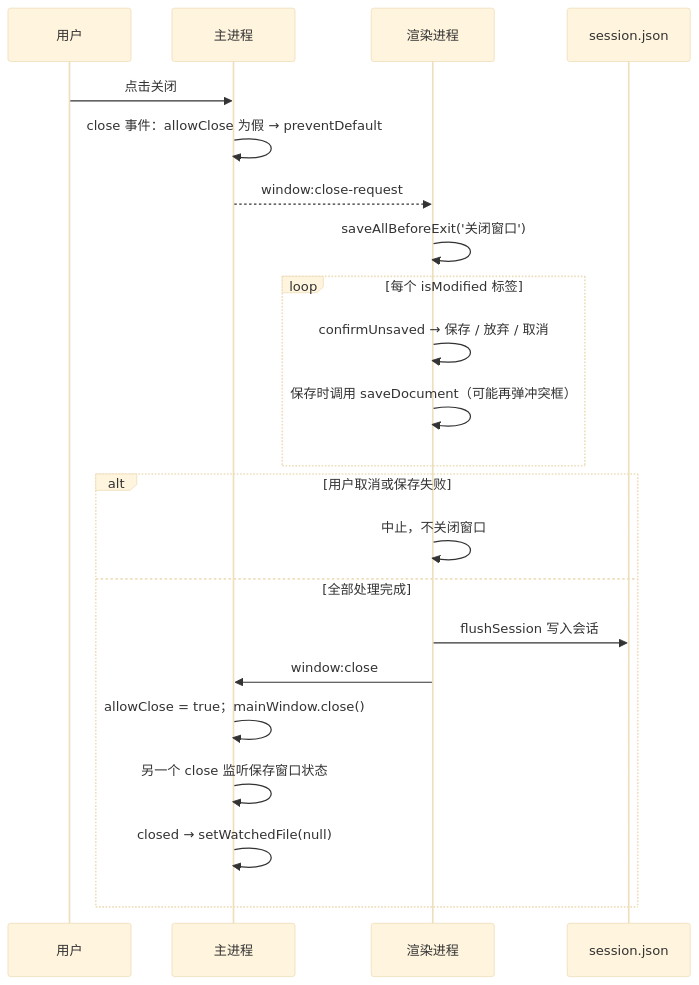
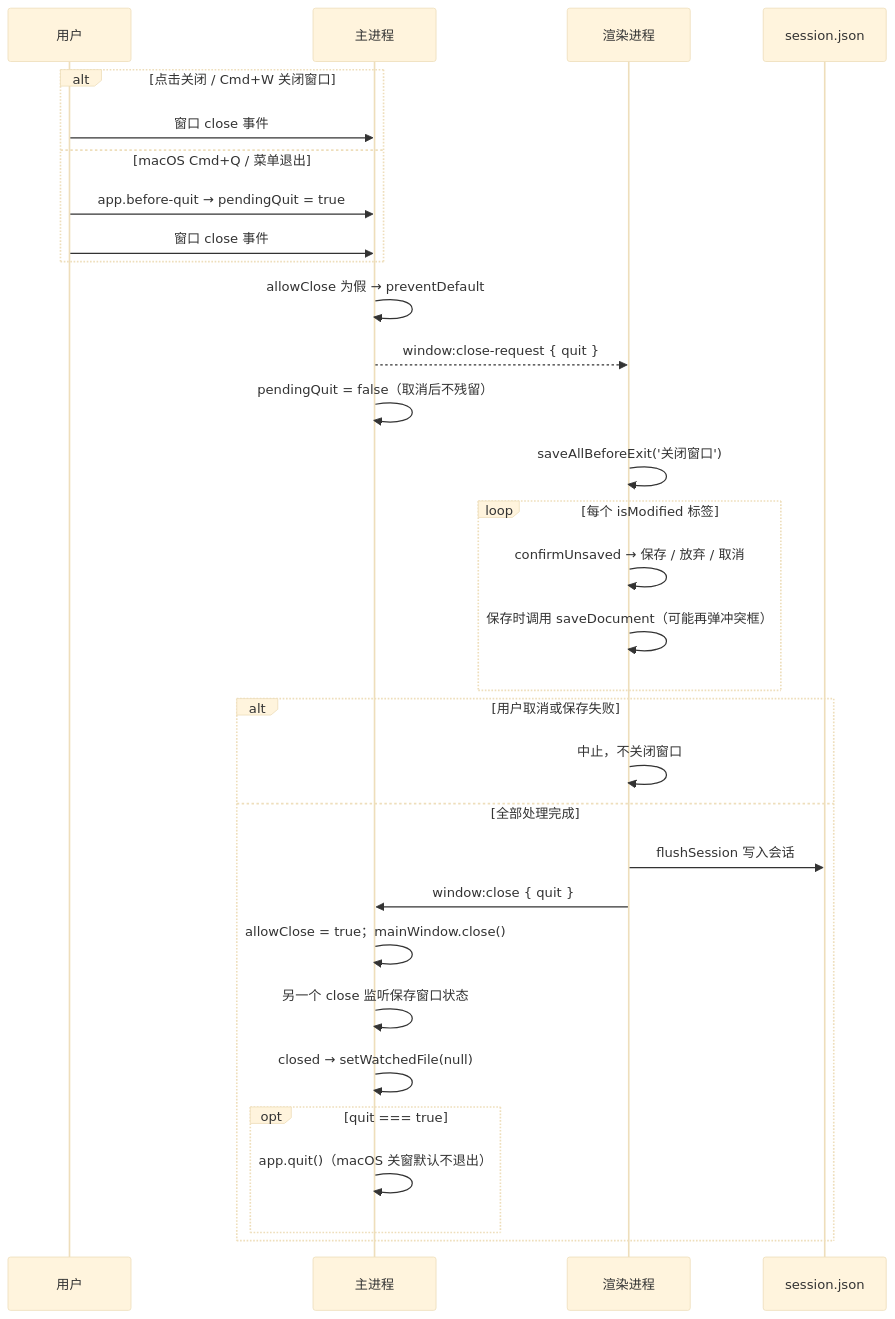
The fourth of 5 diagrams in docs/会话恢复与窗口状态.md (Harley-xk/mark-it), drawn with Mermaid (base theme) before and after one commit. The commit also changed other lines of this file and 21 other files, not shown here.

````diff
--- a/docs/会话恢复与窗口状态.md
+++ b/docs/会话恢复与窗口状态.md
@@ -269,25 +270,34 @@
 ```mermaid
 sequenceDiagram
     participant U as 用户
     participant M as 主进程
     participant R as 渲染进程
     participant FS as session.json
 
-    U->>M: 点击关闭
-    M->>M: close 事件：allowClose 为假 → preventDefault
-    M-->>R: window:close-request
+    alt 点击关闭 / Cmd+W 关闭窗口
+        U->>M: 窗口 close 事件
+    else macOS Cmd+Q / 菜单退出
+        U->>M: app.before-quit → pendingQuit = true
+        U->>M: 窗口 close 事件
+    end
+    M->>M: allowClose 为假 → preventDefault
+    M-->>R: window:close-request { quit }
+    M->>M: pendingQuit = false（取消后不残留）
     R->>R: saveAllBeforeExit('关闭窗口')
     loop 每个 isModified 标签
         R->>R: confirmUnsaved → 保存 / 放弃 / 取消
         R->>R: 保存时调用 saveDocument（可能再弹冲突框）
     end
     alt 用户取消或保存失败
         R->>R: 中止，不关闭窗口
     else 全部处理完成
         R->>FS: flushSession 写入会话
-        R->>M: window:close
+        R->>M: window:close { quit }
         M->>M: allowClose = true；mainWindow.close()
         M->>M: 另一个 close 监听保存窗口状态
         M->>M: closed → setWatchedFile(null)
+        opt quit === true
+            M->>M: app.quit()（macOS 关窗默认不退出）
+        end
     end
 ```
````
